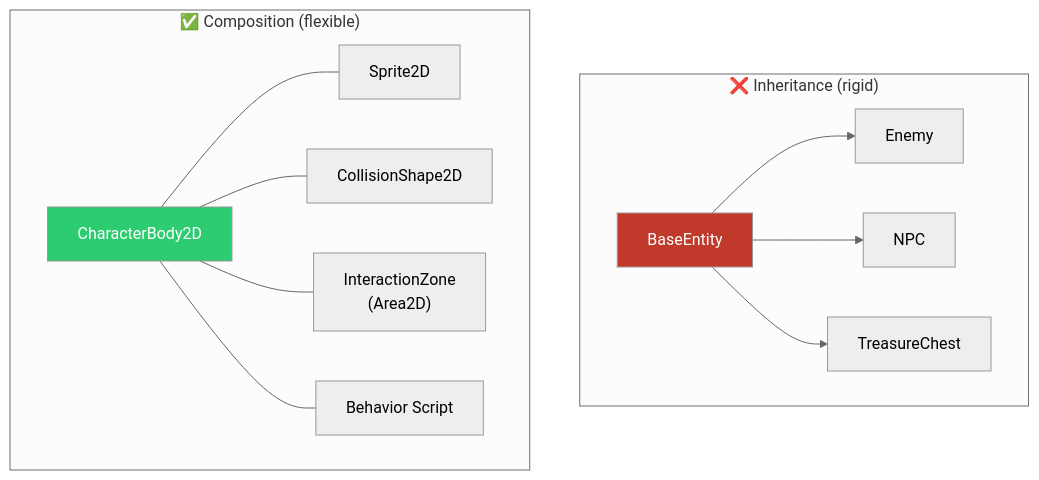
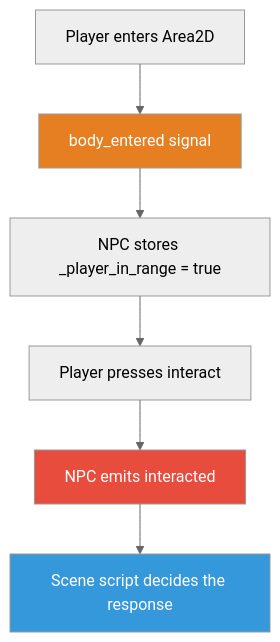
The fifth of 50 diagrams in tutorial/diagrams.md (Jorge-D-Robles/gemini-fantasy), drawn with Mermaid (neutral theme) before and after one commit. The commit also changed other lines of this file and 24 other files, not shown here.

Commit message:
Refine tutorial Mermaid diagrams

````diff
--- a/tutorial/diagrams.md
+++ b/tutorial/diagrams.md
@@ -116,19 +109,19 @@
 ```mermaid
 graph TD
-    subgraph "❌ Inheritance (rigid)"
-        Base["BaseEntity"] --> Enemy
-        Base --> NPC
-        Base --> Chest["TreasureChest"]
-    end
+    Enter["Player enters Area2D"]
+    BodySignal["body_entered signal"]
+    Cache["NPC stores _player_in_range = true"]
+    Press["Player presses interact"]
+    CustomSignal["NPC emits interacted"]
+    SceneHandles["Scene script decides the response"]
 
-    subgraph "✅ Composition (flexible)"
-        CB["CharacterBody2D"]
-        CB --- Sp["Sprite2D"]
-        CB --- Col["CollisionShape2D"]
-        CB --- IZ["InteractionZone\n(Area2D)"]
-        CB --- Script["Behavior Script"]
-    end
+    Enter --> BodySignal
+    BodySignal --> Cache
+    Cache --> Press
+    Press --> CustomSignal
+    CustomSignal --> SceneHandles
 
-    style Base fill:#c0392b,color:#fff
-    style CB fill:#2ecc71,color:#fff
+    style BodySignal fill:#e67e22,color:#fff
+    style CustomSignal fill:#e74c3c,color:#fff
+    style SceneHandles fill:#3498db,color:#fff
 ```
````
